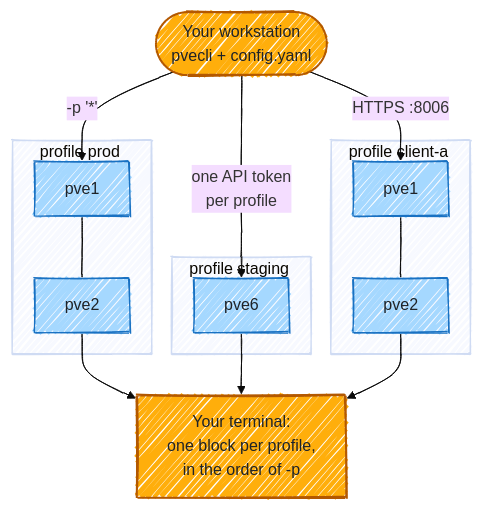
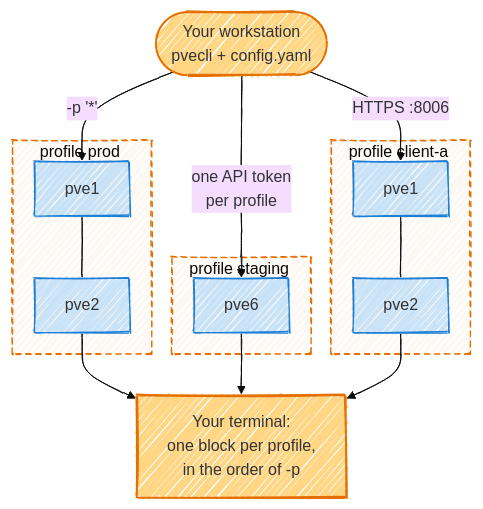
One commit to Helphyy/pvecli changed the diagram in docs/fleet/index.md. Above: the diagram before and after it, drawn with Mermaid (base theme). The commit also changed 7 other files, not shown here.

````diff
--- a/docs/fleet/index.md
+++ b/docs/fleet/index.md
@@ -15,31 +15,33 @@
 ```mermaid
 ---
 config:
   look: handDrawn
   flowchart:
     curve: basis
     nodeSpacing: 22
     rankSpacing: 40
 ---
 flowchart TB
   you(["Your workstation<br/>pvecli + config.yaml"]):::pv
   you -- "-p '*'" --> p1
   you -- "one API token<br/>per profile" --> s1
   you -- "HTTPS :8006" --> c1
   subgraph prod ["profile prod#nbsp;"]
     p1["pve1"]:::host --- p2["pve2"]:::host
   end
   subgraph staging ["profile staging#nbsp;"]
     s1["pve6"]:::host
   end
   subgraph clienta ["profile client-a#nbsp;"]
     c1["pve1"]:::host --- c2["pve2"]:::host
   end
   p2 --> out
   s1 --> out
   c2 --> out
   out["Your terminal:<br/>one block per profile,<br/>in the order of -p"]:::pv
 
-  classDef pv fill:#ffae0b,stroke:#b35800,color:#1f2328,stroke-width:2px
-  classDef host fill:#a5d8ff,stroke:#1971c2,color:#1f2328
+  classDef pv fill:#ffae0b80,stroke:#e57000,stroke-width:2px
+  classDef host fill:#4dabf74d,stroke:#1c7ed6
+  classDef zone fill:#e570000d,stroke:#e57000,stroke-dasharray:6 4
+  class prod,staging,clienta zone
 ```
````
